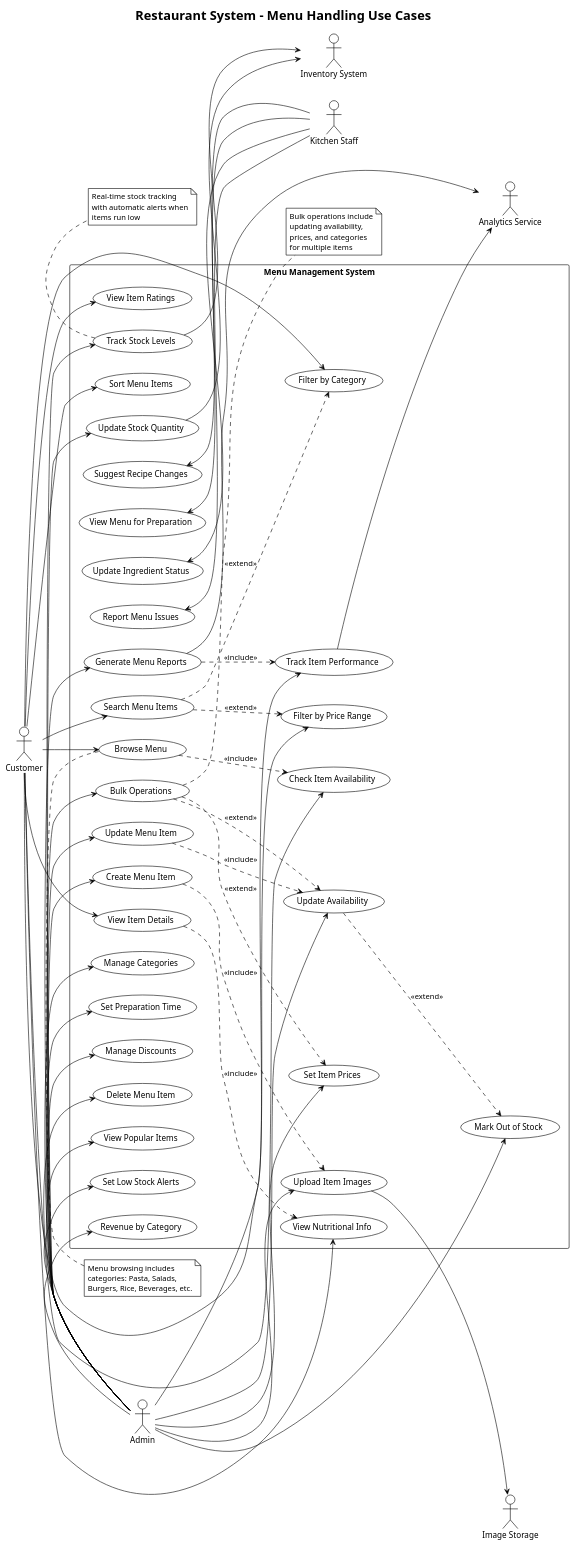
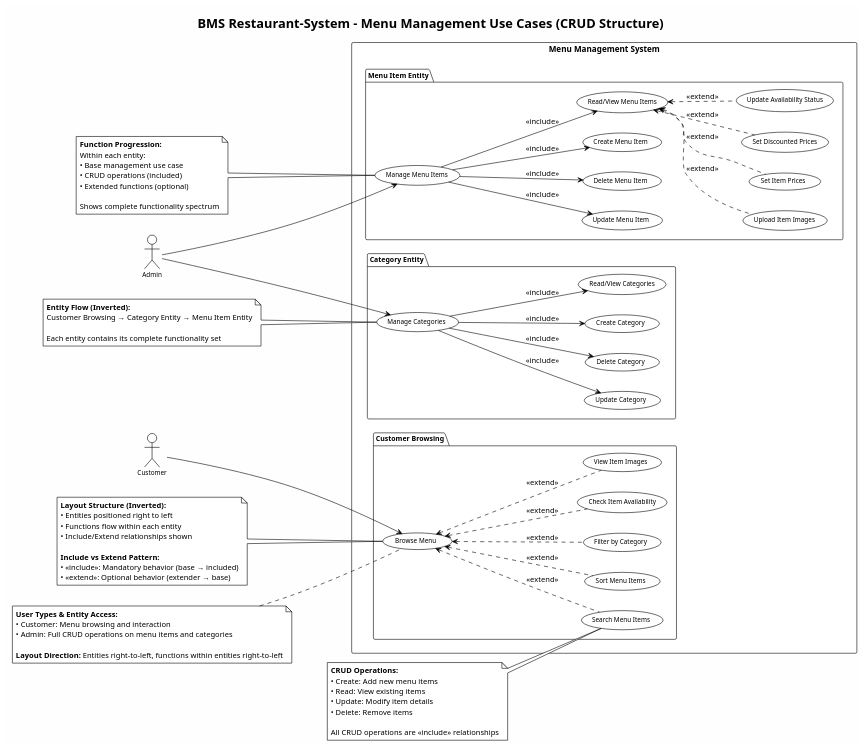
Before and after one commit to Bashitha07/BMS-Restaurant-System: the diagram in Menu_Handling_Use_Cases.puml, drawn with PlantUML. The commit also changed 61 other files, not shown here.

First line of the commit message:
Simplify database schema - Remove unnecessary attributes

```diff
--- a/Menu_Handling_Use_Cases.puml
+++ b/Menu_Handling_Use_Cases.puml
@@ -1,142 +1,100 @@
 @startuml Menu_Handling_Use_Cases
 !theme plain
 left to right direction
-title Restaurant System - Menu Handling Use Cases
+skinparam backgroundColor #FEFEFE
+skinparam packageBackgroundColor #FFFFFF
+skinparam packageBorderColor #000000
+skinparam actorBackgroundColor #FFFFFF
+skinparam actorBorderColor #000000
+skinparam usecaseBackgroundColor #FFFFFF
+skinparam usecaseBorderColor #000000
+skinparam noteBackgroundColor #FFFFFF
+skinparam noteBorderColor #000000
+skinparam packageFontSize 12
+skinparam usecaseFontSize 11
+skinparam actorFontSize 11
+title BMS Restaurant-System - Menu Management Use Cases (CRUD Structure)
 
-' Left side actors
+' Primary Actors (Right Side - inverted)
 actor "Customer" as customer
 actor "Admin" as admin
-actor "Kitchen Staff" as kitchen
 
-' System boundary
-rectangle "Menu Management System" {
-    
-    ' Customer Menu Use Cases
-    usecase "Browse Menu" as UC1
-    usecase "Search Menu Items" as UC2
-    usecase "Filter by Category" as UC3
-    usecase "Filter by Price Range" as UC4
-    usecase "View Item Details" as UC5
-    usecase "Check Item Availability" as UC6
-    usecase "View Nutritional Info" as UC7
-    usecase "View Item Ratings" as UC8
-    usecase "Sort Menu Items" as UC9
-    
-    ' Admin Menu Management
-    usecase "Create Menu Item" as UC10
-    usecase "Update Menu Item" as UC11
-    usecase "Delete Menu Item" as UC12
-    usecase "Manage Categories" as UC13
-    usecase "Set Item Prices" as UC14
-    usecase "Update Availability" as UC15
-    usecase "Upload Item Images" as UC16
-    usecase "Set Preparation Time" as UC17
-    usecase "Manage Discounts" as UC18
-    usecase "Bulk Operations" as UC19
-    
-    ' Inventory Management
-    usecase "Track Stock Levels" as UC20
-    usecase "Set Low Stock Alerts" as UC21
-    usecase "Update Stock Quantity" as UC22
-    usecase "Mark Out of Stock" as UC23
-    
-    ' Menu Analytics
-    usecase "View Popular Items" as UC24
-    usecase "Generate Menu Reports" as UC25
-    usecase "Track Item Performance" as UC26
-    usecase "Revenue by Category" as UC27
-    
-    ' Kitchen Operations
-    usecase "View Menu for Preparation" as UC28
-    usecase "Update Ingredient Status" as UC29
-    usecase "Report Menu Issues" as UC30
-    usecase "Suggest Recipe Changes" as UC31
+' System boundary with entities flowing left to right (inverted layout)
+rectangle "Menu Management System" as system {
+
+    ' Menu Item Entity - Leftmost position
+    package "Menu Item Entity" as menu_entity {
+        usecase "Manage Menu Items" as manage_items
+        usecase "Create Menu Item" as create_item
+        usecase "Read/View Menu Items" as read_items
+        usecase "Update Menu Item" as update_item
+        usecase "Delete Menu Item" as delete_item
+        usecase "Upload Item Images" as upload_images
+        usecase "Set Item Prices" as set_prices
+        usecase "Set Discounted Prices" as set_discounts
+        usecase "Update Availability Status" as update_avail
+    }
+
+    ' Category Entity - Next to Menu Item Entity
+    package "Category Entity" as category_entity {
+        usecase "Manage Categories" as manage_cat
+        usecase "Create Category" as create_cat
+        usecase "Read/View Categories" as read_cat
+        usecase "Update Category" as update_cat
+        usecase "Delete Category" as delete_cat
+    }
+
+    ' Customer Browsing - Rightmost position
+    package "Customer Browsing" as customer_ops {
+        usecase "Browse Menu" as browse_menu
+        usecase "Search Menu Items" as search_items
+        usecase "Filter by Category" as filter_cat
+        usecase "Check Item Availability" as check_avail
+        usecase "View Item Images" as view_images
+        usecase "Sort Menu Items" as sort_items
+    }
 }
 
-' Right side external systems
-actor "Image Storage" as storage
-actor "Analytics Service" as analytics
-actor "Inventory System" as inventory
+' CRUD Relationships - Menu Items (Include: mandatory, base -> included)
+manage_items --> create_item : <<include>>
+manage_items --> read_items : <<include>>
+manage_items --> update_item : <<include>>
+manage_items --> delete_item : <<include>>
 
-' Customer Menu Interactions
-customer --> UC1
-customer --> UC2
-customer --> UC3
-customer --> UC4
-customer --> UC5
-customer --> UC6
-customer --> UC7
-customer --> UC8
-customer --> UC9
+' Extended Menu Item operations (Extend: optional, extender -> base)
+read_items <.. upload_images : <<extend>>
+read_items <.. set_prices : <<extend>>
+read_items <.. set_discounts : <<extend>>
+read_items <.. update_avail : <<extend>>
 
-' Admin Menu Management
-admin --> UC10
-admin --> UC11
-admin --> UC12
-admin --> UC13
-admin --> UC14
-admin --> UC15
-admin --> UC16
-admin --> UC17
-admin --> UC18
-admin --> UC19
+' CRUD Relationships - Categories (Include: mandatory, base -> included)
+manage_cat --> create_cat : <<include>>
+manage_cat --> read_cat : <<include>>
+manage_cat --> update_cat : <<include>>
+manage_cat --> delete_cat : <<include>>
 
-' Inventory Management
-UC20 <-- admin
-UC21 <-- admin
-UC22 <-- admin
-UC23 <-- admin
+' Extended Customer operations (Extend: optional, extender -> base)
+browse_menu <.. search_items : <<extend>>
+browse_menu <.. filter_cat : <<extend>>
+browse_menu <.. check_avail : <<extend>>
+browse_menu <.. view_images : <<extend>>
+browse_menu <.. sort_items : <<extend>>
 
-' Analytics and Reporting
-UC24 <-- admin
-UC25 <-- admin
-UC26 <-- admin
-UC27 <-- admin
+' Actor Relationships
+customer --> browse_menu
 
-' Kitchen Staff Operations
-UC28 <-- kitchen
-UC29 <-- kitchen
-UC30 <-- kitchen
-UC31 <-- kitchen
+admin --> manage_items
+admin --> manage_cat
 
-' Include Relationships
-UC1 ..> UC6 : <<include>>
-UC5 ..> UC7 : <<include>>
-UC10 ..> UC16 : <<include>>
-UC11 ..> UC15 : <<include>>
-UC25 ..> UC26 : <<include>>
+' Notes for clarity
+note left of browse_menu : <b>Layout Structure (Inverted):</b>\n• Entities positioned right to left\n• Functions flow within each entity\n• Include/Extend relationships shown\n\n<b>Include vs Extend Pattern:</b>\n• <<include>>: Mandatory behavior (base → included)\n• <<extend>>: Optional behavior (extender → base)
 
-' Extend Relationships
-UC2 ..> UC3 : <<extend>>
-UC2 ..> UC4 : <<extend>>
-UC15 ..> UC23 : <<extend>>
-UC19 ..> UC15 : <<extend>>
-UC19 ..> UC14 : <<extend>>
+note left of search_items : <b>CRUD Operations:</b>\n• Create: Add new menu items\n• Read: View existing items\n• Update: Modify item details\n• Delete: Remove items\n\nAll CRUD operations are <<include>> relationships
 
-' External System Relationships
-UC16 --> storage
-UC25 --> analytics
-UC26 --> analytics
-UC20 --> inventory
-UC22 --> inventory
+note left of manage_cat : <b>Entity Flow (Inverted):</b>\nCustomer Browsing → Category Entity → Menu Item Entity\n\nEach entity contains its complete functionality set
 
-note top of UC1
-  Menu browsing includes
-  categories: Pasta, Salads,
-  Burgers, Rice, Beverages, etc.
-end note
+note left of manage_items : <b>Function Progression:</b>\nWithin each entity:\n• Base management use case\n• CRUD operations (included)\n• Extended functions (optional)\n\nShows complete functionality spectrum
 
-note right of UC19
-  Bulk operations include
-  updating availability,
-  prices, and categories
-  for multiple items
-end note
-
-note bottom of UC20
-  Real-time stock tracking
-  with automatic alerts when
-  items run low
-end note
+note left of browse_menu : <b>User Types & Entity Access:</b>\n• Customer: Menu browsing and interaction\n• Admin: Full CRUD operations on menu items and categories\n\n<b>Layout Direction:</b> Entities right-to-left, functions within entities right-to-left
 
 @enduml
```
